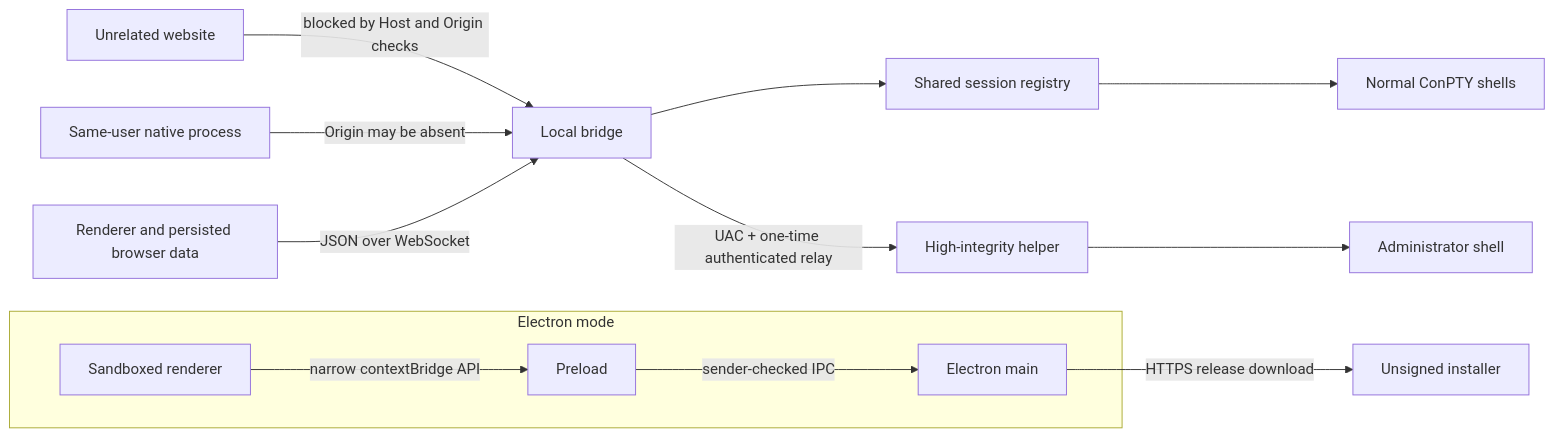
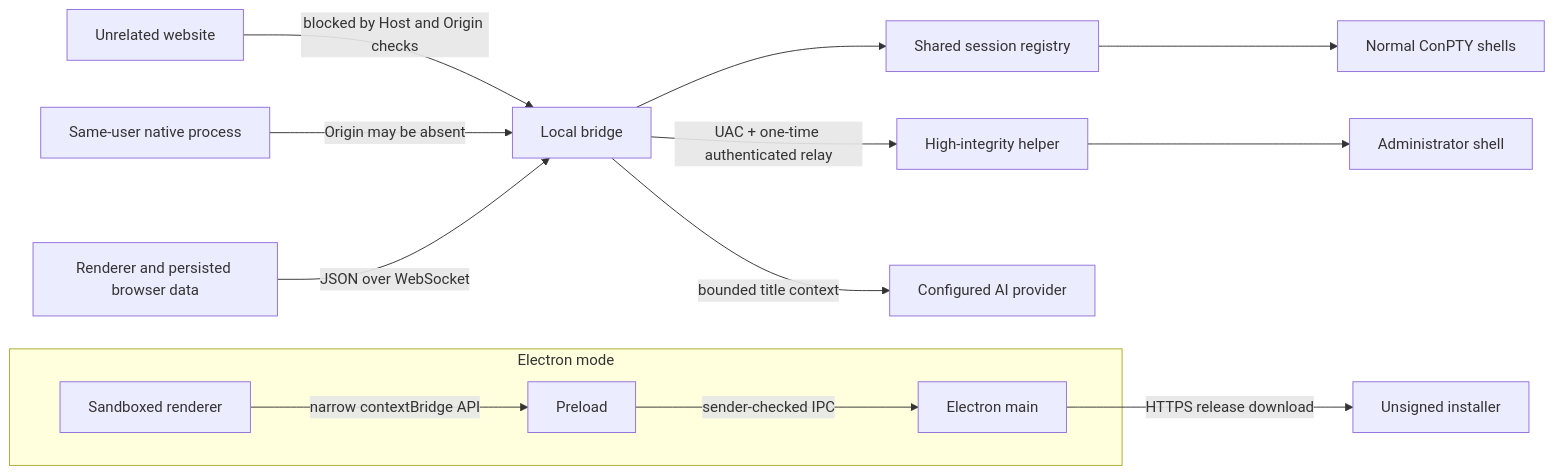
Before and after one commit to andrewtheart/multiterm-workbench: the diagram in docs/security/security.md, drawn with Mermaid. The commit also changed other lines of this file and 30 other files, not shown here.

````diff
--- a/docs/security/security.md
+++ b/docs/security/security.md
@@ -61,17 +61,18 @@
 ```mermaid
 flowchart LR
     web[Unrelated website] -->|blocked by Host and Origin checks| bridge
     native[Same-user native process] -->|Origin may be absent| bridge
     renderer[Renderer and persisted browser data] -->|JSON over WebSocket| bridge
 
     subgraph electron[Electron mode]
         page[Sandboxed renderer] -->|narrow contextBridge API| preload[Preload]
         preload -->|sender-checked IPC| main[Electron main]
     end
 
     bridge[Local bridge] --> sessions[Shared session registry]
     sessions --> shell[Normal ConPTY shells]
+    bridge -->|bounded title context| providers[Configured AI provider]
     bridge -->|UAC + one-time authenticated relay| helper[High-integrity helper]
     helper --> admin[Administrator shell]
     main -->|HTTPS release download| installer[Unsigned installer]
 ```
````
